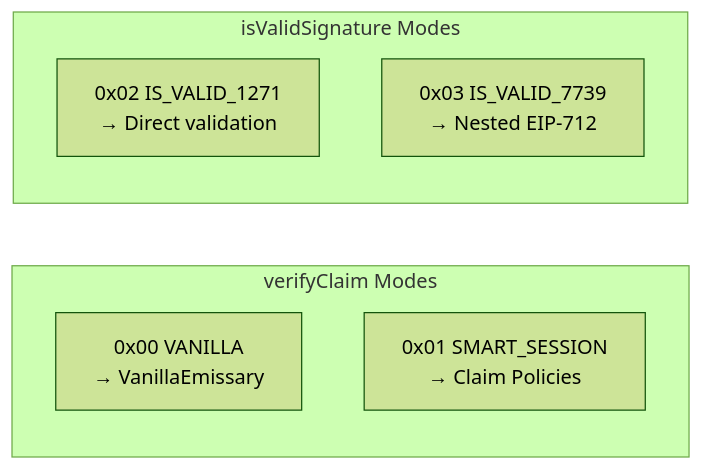
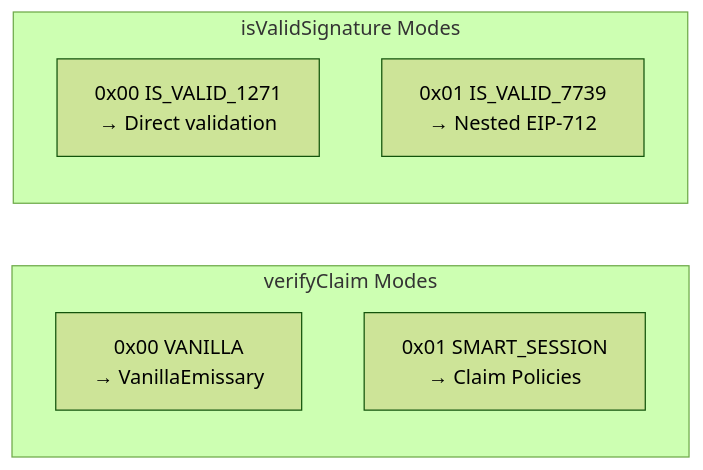
One commit to rhinestonewtf/smart-sessions-v2 changed the second of 6 diagrams in README.md. Above: the diagram before and after it, drawn with Mermaid (forest theme).

Commit message:
docs: fix typo

````diff
--- a/README.md
+++ b/README.md
@@ -102,12 +102,12 @@
 ```mermaid
 flowchart LR
     subgraph EmissaryModes["verifyClaim Modes"]
         M0["0x00 VANILLA<br/>→ VanillaEmissary"]
         M1["0x01 SMART_SESSION<br/>→ Claim Policies"]
     end
 
     subgraph SignatureModes["isValidSignature Modes"]
-        S0["0x02 IS_VALID_1271<br/>→ Direct validation"]
-        S1["0x03 IS_VALID_7739<br/>→ Nested EIP-712"]
+        S0["0x00 IS_VALID_1271<br/>→ Direct validation"]
+        S1["0x01 IS_VALID_7739<br/>→ Nested EIP-712"]
     end
 ```
````
